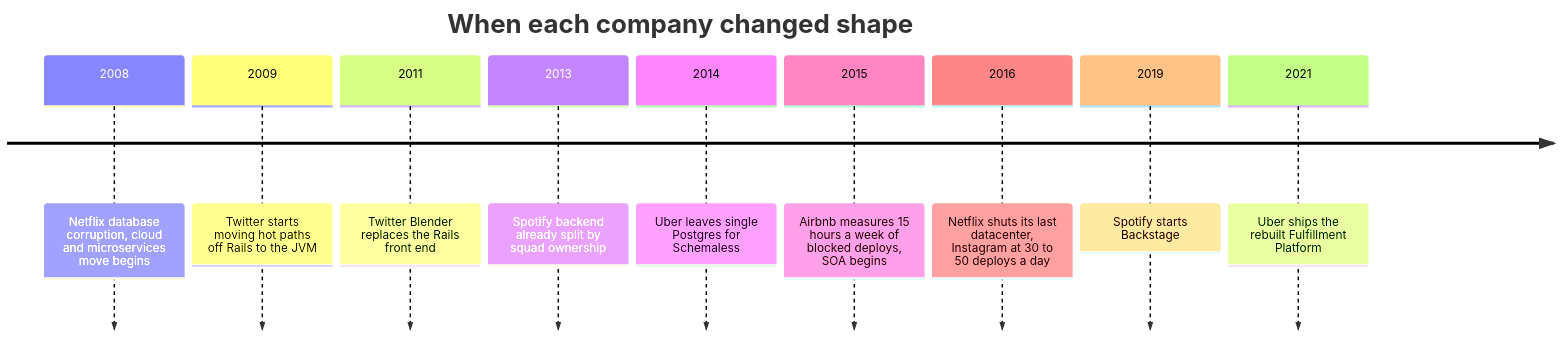
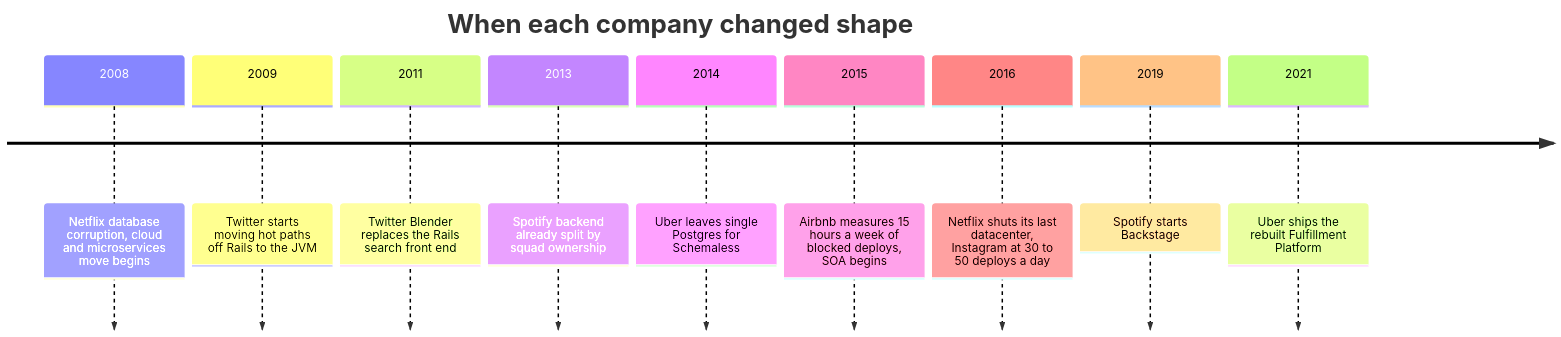
One commit to alwin-verus/big-tech-system-design changed the first of 4 diagrams in comparisons/monolith-to-microservices.md. Above: the diagram before and after it, drawn with Mermaid. The commit also changed other lines of this file and 56 other files, not shown here.

````diff
--- a/comparisons/monolith-to-microservices.md
+++ b/comparisons/monolith-to-microservices.md
@@ -72,13 +72,13 @@
 ```mermaid
 timeline
   title When each company changed shape
   2008 : Netflix database corruption, cloud and microservices move begins
   2009 : Twitter starts moving hot paths off Rails to the JVM
-  2011 : Twitter Blender replaces the Rails front end
+  2011 : Twitter Blender replaces the Rails search front end
   2013 : Spotify backend already split by squad ownership
   2014 : Uber leaves single Postgres for Schemaless
   2015 : Airbnb measures 15 hours a week of blocked deploys, SOA begins
   2016 : Netflix shuts its last datacenter, Instagram at 30 to 50 deploys a day
   2019 : Spotify starts Backstage
   2021 : Uber ships the rebuilt Fulfillment Platform
 ```
````
